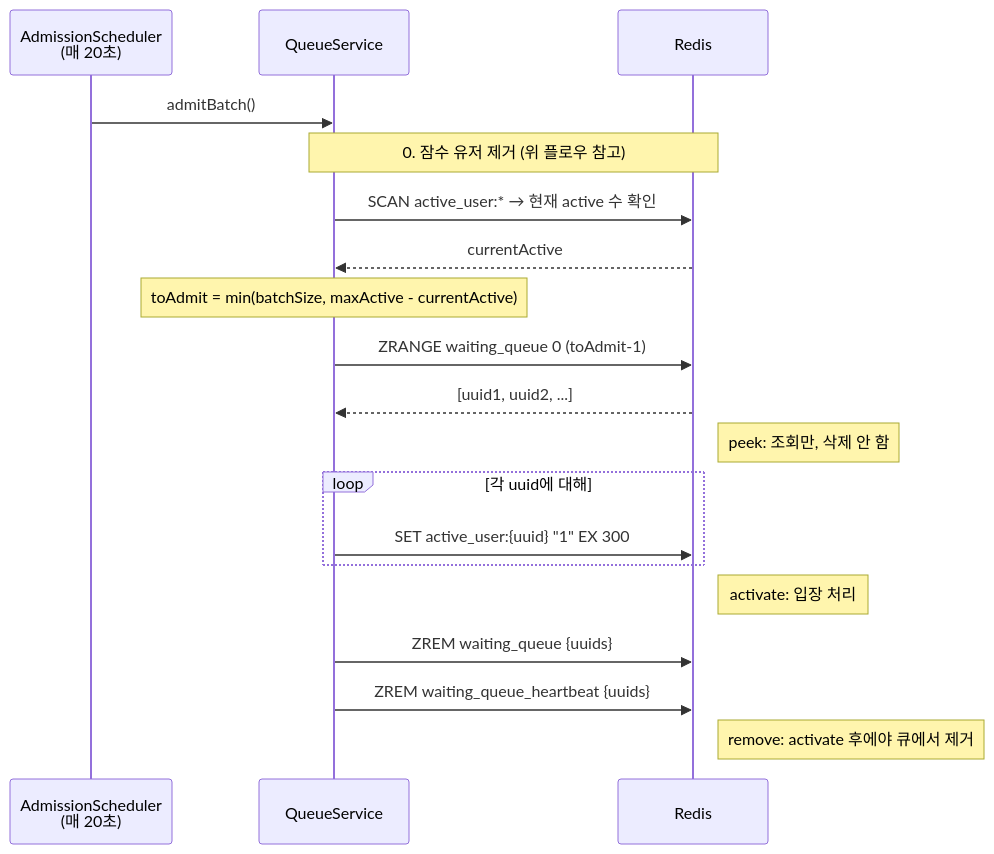
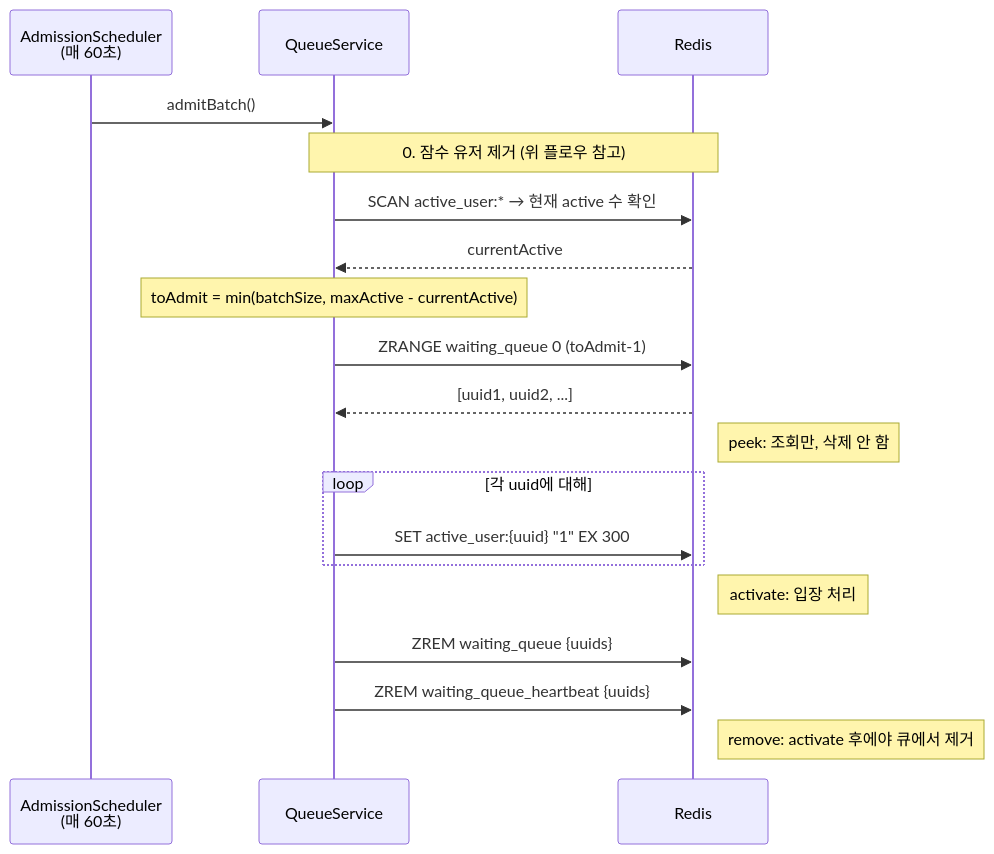
One commit to irnd04/zticket changed the fifth of 7 diagrams in README.md. Above: the diagram before and after it, drawn with Mermaid. The commit also changed other lines of this file and 3 other files, not shown here.

````diff
--- a/README.md
+++ b/README.md
@@ -138,28 +138,28 @@
 ```mermaid
 sequenceDiagram
-    participant S as AdmissionScheduler<br/>(매 20초)
+    participant S as AdmissionScheduler<br/>(매 60초)
     participant Q as QueueService
     participant R as Redis
 
     S->>Q: admitBatch()
 
     Note over Q,R: 0. 잠수 유저 제거 (위 플로우 참고)
 
     Q->>R: SCAN active_user:* → 현재 active 수 확인
     R-->>Q: currentActive
 
     Note over Q: toAdmit = min(batchSize, maxActive - currentActive)
 
     Q->>R: ZRANGE waiting_queue 0 (toAdmit-1)
     R-->>Q: [uuid1, uuid2, ...]
     Note right of R: peek: 조회만, 삭제 안 함
 
     loop 각 uuid에 대해
         Q->>R: SET active_user:{uuid} "1" EX 300
     end
     Note right of R: activate: 입장 처리
 
     Q->>R: ZREM waiting_queue {uuids}
     Q->>R: ZREM waiting_queue_heartbeat {uuids}
     Note right of R: remove: activate 후에야 큐에서 제거
 ```
````
